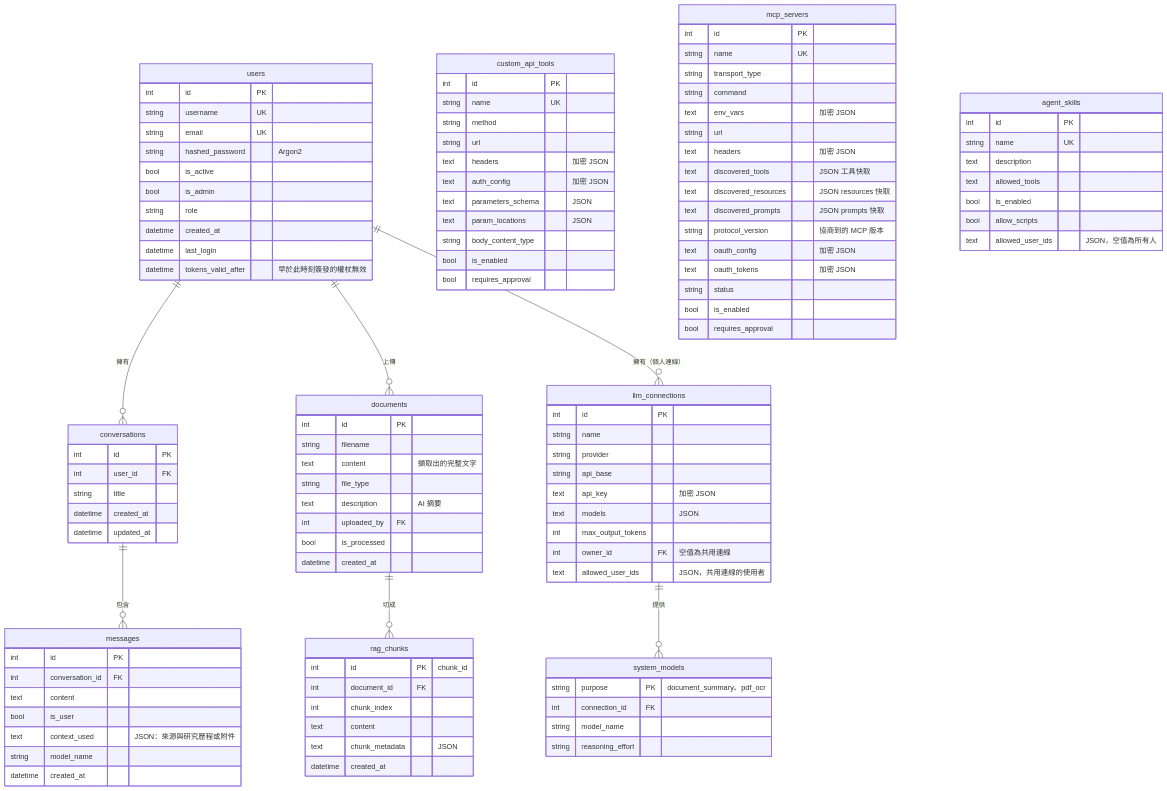
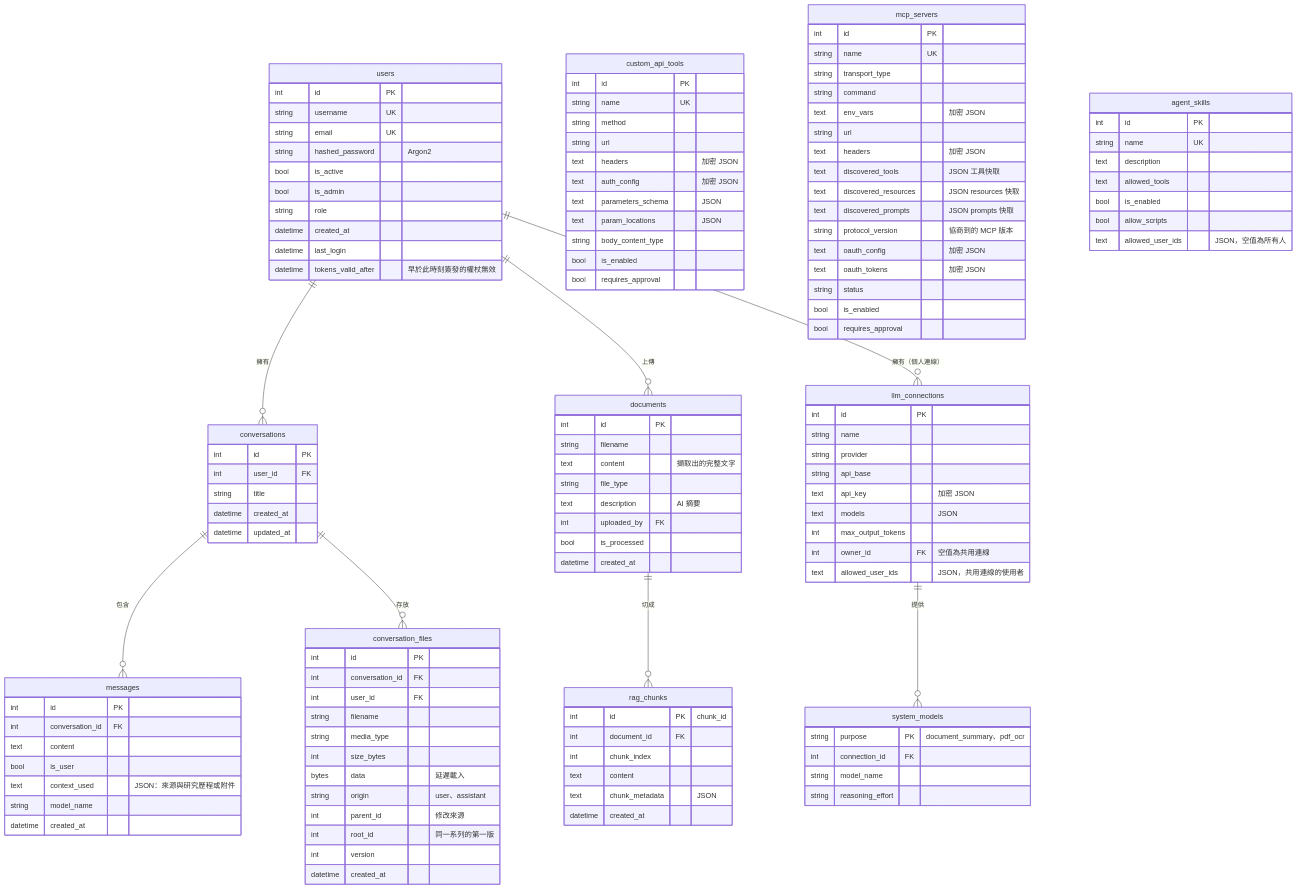
The third of 9 diagrams in docs/architecture.md (Scorpio-meow/AskMiao), drawn with Mermaid before and after one commit. The commit also changed other lines of this file and 66 other files, not shown here.

````diff
--- a/docs/architecture.md
+++ b/docs/architecture.md
@@ -156,6 +156,7 @@
 erDiagram
     users ||--o{ conversations : "擁有"
     conversations ||--o{ messages : "包含"
+    conversations ||--o{ conversation_files : "存放"
     users ||--o{ documents : "上傳"
     documents ||--o{ rag_chunks : "切成"
     users ||--o{ llm_connections : "擁有（個人連線）"
@@ -264,4 +265,18 @@
         string model_name
         string reasoning_effort
     }
+    conversation_files {
+        int id PK
+        int conversation_id FK
+        int user_id FK
+        string filename
+        string media_type
+        int size_bytes
+        bytes data "延遲載入"
+        string origin "user、assistant"
+        int parent_id "修改來源"
+        int root_id "同一系列的第一版"
+        int version
+        datetime created_at
+    }
 ```
````
